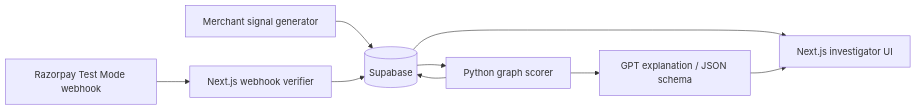
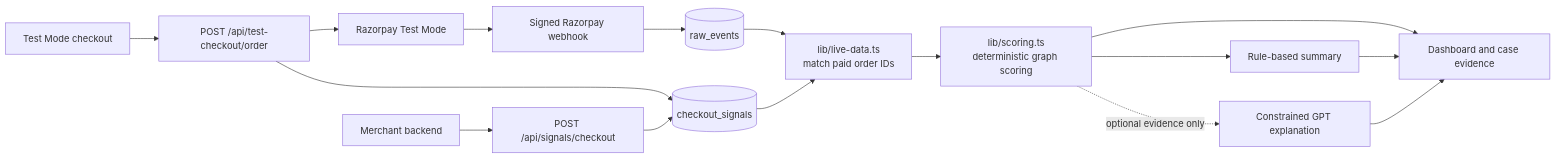
The diagram in README.md (deep1283/razorpay_sentinel), drawn with Mermaid before and after one commit. The commit also changed other lines of this file and 4 other files, not shown here.

````diff
--- a/README.md
+++ b/README.md
@@ -19,11 +63,18 @@
 ```mermaid
 flowchart LR
-  RP[Razorpay Test Mode webhook] --> WH[Next.js webhook verifier]
-  MC[Merchant signal generator] --> DB[(Supabase)]
-  WH --> DB
-  DB --> PY[Python graph scorer]
-  PY --> DB
-  DB --> UI[Next.js investigator UI]
-  PY --> GPT[GPT explanation / JSON schema]
-  GPT --> UI
+  Checkout[Test Mode checkout] --> OrderAPI[POST /api/test-checkout/order]
+  Merchant[Merchant backend] --> SignalAPI[POST /api/signals/checkout]
+  OrderAPI --> Razorpay[Razorpay Test Mode]
+  OrderAPI --> Signals[(checkout_signals)]
+  SignalAPI --> Signals
+  Razorpay --> Webhook[Signed Razorpay webhook]
+  Webhook --> Events[(raw_events)]
+  Events --> Match[lib/live-data.ts<br/>match paid order IDs]
+  Signals --> Match
+  Match --> Score[lib/scoring.ts<br/>deterministic graph scoring]
+  Score --> Dashboard[Dashboard and case evidence]
+  Score --> Fallback[Rule-based summary]
+  Score -. optional evidence only .-> GPT[Constrained GPT explanation]
+  Fallback --> Dashboard
+  GPT --> Dashboard
 ```
````
